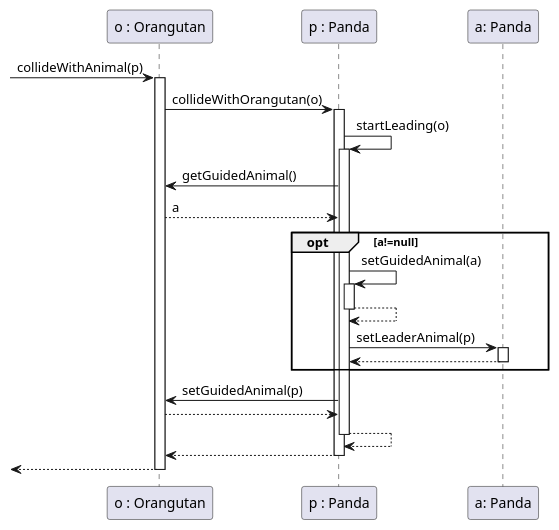
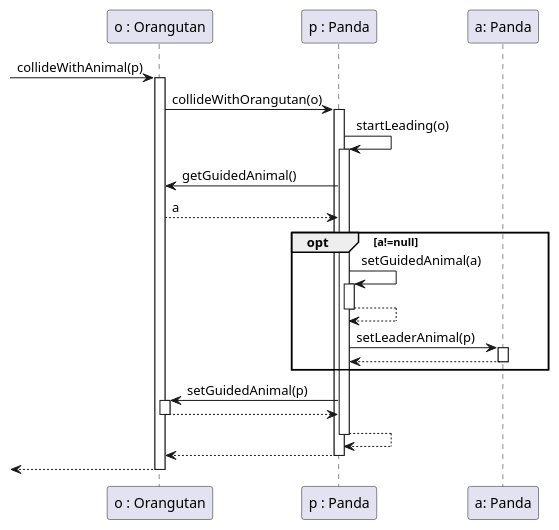
The diagram in 3-analysis-modell/java/src/main/plantuml/SequenceDiagram_Orangutan_grabsPanda.puml (bokovhu/software-project-laboratory-assignment), drawn with PlantUML before and after one commit. The commit also changed 6 other files, not shown here.

```diff
--- a/3-analysis-modell/java/src/main/plantuml/SequenceDiagram_Orangutan_grabsPanda.puml
+++ b/3-analysis-modell/java/src/main/plantuml/SequenceDiagram_Orangutan_grabsPanda.puml
@@ -1,28 +1,28 @@
 @startuml
 participant "o : Orangutan" as o
 participant "p : Panda" as p
 participant "a: Panda" as a
 
 [-> o: collideWithAnimal(p)
 activate o
 
 o-> p ++ : collideWithOrangutan(o)
 p->p ++ : startLeading(o)
 p->o: getGuidedAnimal()
 o-->p: a
 opt a!=null
 
 p->p ++ : setGuidedAnimal(a)
 p--> p -- :
 p->a ++ : setLeaderAnimal(p)
 a-->p --
 end
-p->o: setGuidedAnimal(p)
-o-->p
+p->o ++: setGuidedAnimal(p)
+o-->p --
 p-->p --
 p -->o --
 
 [<--o
 deactivate o
 
 @enduml
```
